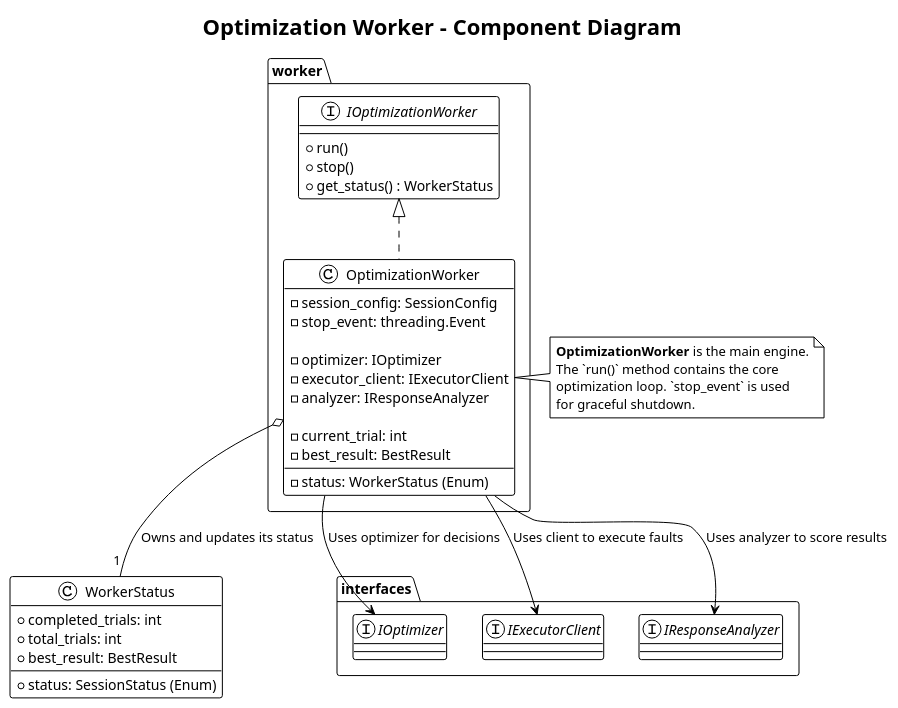
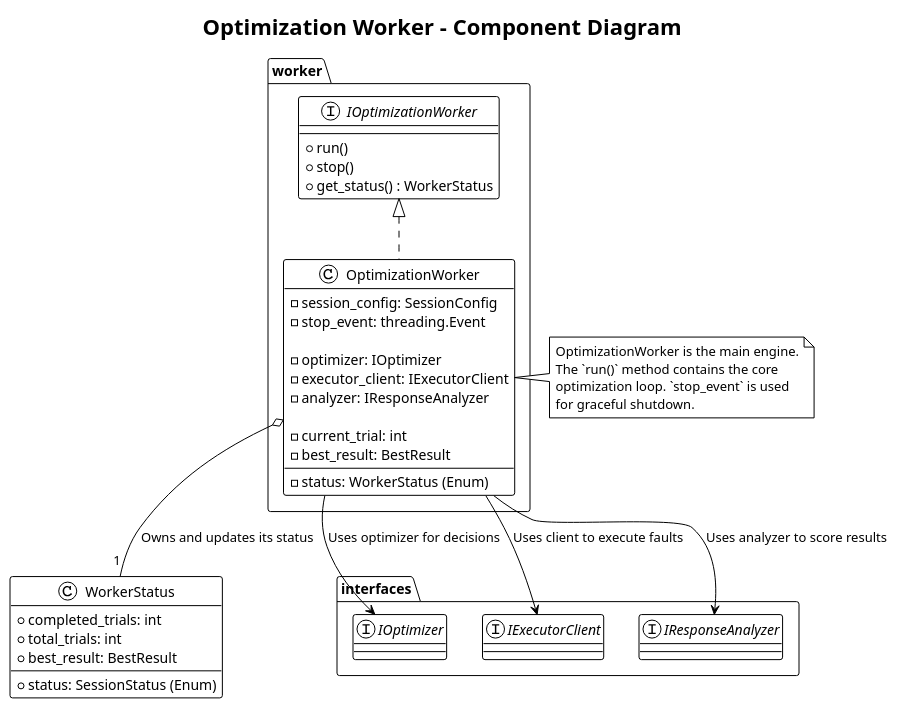
Before and after one commit to kalahetun/Minesweeper: the sixth of 7 diagrams in recommender/docs/design_doc/Design_1_CoordinatorService.md, drawn with PlantUML. The commit also changed other lines of this file and 27 other files, not shown here.

````diff
--- a/recommender/docs/design_doc/Design_1_CoordinatorService.md
+++ b/recommender/docs/design_doc/Design_1_CoordinatorService.md
@@ -428,68 +428,68 @@
 ```plantuml
 @startuml
 !theme plain
 skinparam rectangle {
     BorderColor #3A3A3A
     BackgroundColor #F0F0F0
 }
 skinparam component {
     BorderColor #3A3A3A
     BackgroundColor #AliceBlue
 }
 skinparam interface {
     BorderColor #3A3A3A
     BackgroundColor #LightYellow
 }
 
 title Optimization Worker - Component Diagram
 
 package "worker" {
     interface "IOptimizationWorker" as IWorker {
         + run()
         + stop()
         + get_status() : WorkerStatus
     }
 
     class "OptimizationWorker" as WorkerImpl {
         - session_config: SessionConfig
         - status: WorkerStatus (Enum)
         - stop_event: threading.Event
         
         - optimizer: IOptimizer
         - executor_client: IExecutorClient
         - analyzer: IResponseAnalyzer
         
         - current_trial: int
         - best_result: BestResult
     }
     
     WorkerImpl .up.|> IWorker
 }
 
 package "interfaces" {
     interface "IOptimizer" as IOptimizer
     interface "IExecutorClient" as IExecutor
     interface "IResponseAnalyzer" as IAnalyzer
 }
 
 WorkerImpl --> IOptimizer: Uses optimizer for decisions
 WorkerImpl --> IExecutor: Uses client to execute faults
 WorkerImpl --> IAnalyzer: Uses analyzer to score results
 
 class "WorkerStatus" as Status {
   + status: SessionStatus (Enum)
   + completed_trials: int
   + total_trials: int
   + best_result: BestResult
 }
 
 WorkerImpl o-- "1" Status : Owns and updates its status
 
 note right of WorkerImpl
-  **OptimizationWorker** is the main engine.
+  OptimizationWorker is the main engine.
   The `run()` method contains the core
   optimization loop. `stop_event` is used
   for graceful shutdown.
 end note
 @enduml
 ```
````
